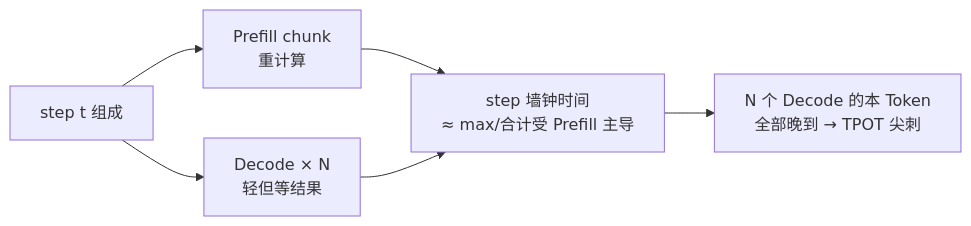
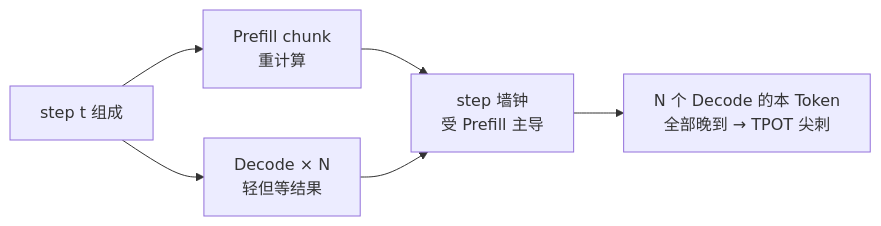
The diagram in docs/guides/模块四-推理优化/第7章-PD解耦架构/7.1-混合Batching的问题.md (tqm6666/AIInfraGuide), drawn with Mermaid before and after one commit. The commit also changed other lines of this file and 6 other files, not shown here.

````diff
--- a/docs/guides/模块四-推理优化/第7章-PD解耦架构/7.1-混合Batching的问题.md
+++ b/docs/guides/模块四-推理优化/第7章-PD解耦架构/7.1-混合Batching的问题.md
@@ -59,8 +60,8 @@
 ```mermaid
 graph LR
     A["step t 组成"] --> B["Prefill chunk<br/>重计算"]
     A --> C["Decode × N<br/>轻但等结果"]
-    B --> D["step 墙钟时间<br/>≈ max/合计受 Prefill 主导"]
+    B --> D["step 墙钟<br/>受 Prefill 主导"]
     C --> D
     D --> E["N 个 Decode 的本 Token<br/>全部晚到 → TPOT 尖刺"]
 ```
````
